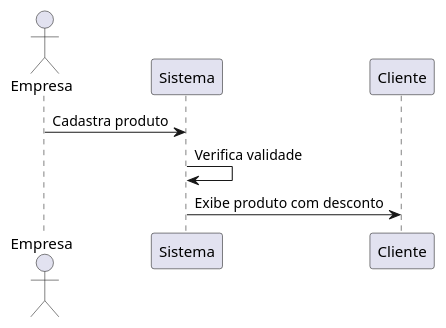
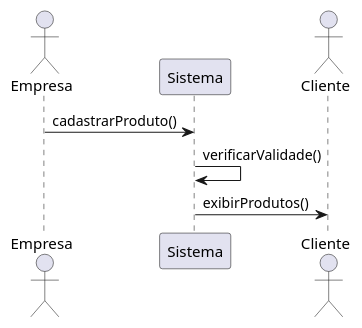
One commit to jandersonhp/valimarket changed the diagram in docs/sequencia.puml. Above: the diagram before and after it, drawn with PlantUML. The commit also changed 7 other files, not shown here.

Commit message:
docs: update README and add UML diagrams images

```diff
--- a/docs/sequencia.puml
+++ b/docs/sequencia.puml
@@ -1,11 +1,11 @@
-@startuml
+@startuml DiagramaSequenciaValiMarket
 
 actor Empresa
 participant Sistema
-participant Cliente
+actor Cliente
 
-Empresa -> Sistema: Cadastra produto
-Sistema -> Sistema: Verifica validade
-Sistema -> Cliente: Exibe produto com desconto
+Empresa -> Sistema: cadastrarProduto()
+Sistema -> Sistema: verificarValidade()
+Sistema -> Cliente: exibirProdutos()
 
 @enduml
```
